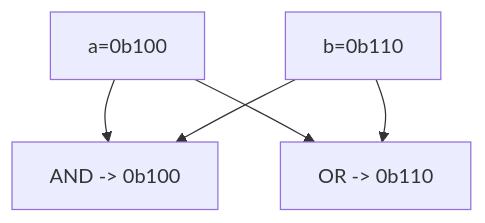
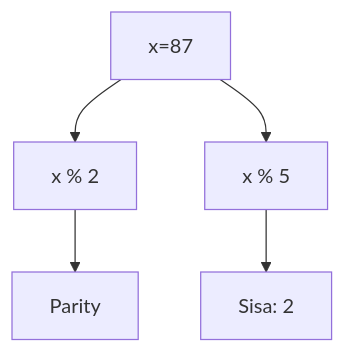
One commit to amnahwaida/OSNK_INF_PREP changed the fifth of 25 diagrams in part-c-pemahaman-cpp/06-bitwise/latihan/set-11.md. Above: the diagram before and after it, drawn with Mermaid. The commit also changed other lines of this file and 71 other files, not shown here.

````diff
--- a/part-c-pemahaman-cpp/06-bitwise/latihan/set-11.md
+++ b/part-c-pemahaman-cpp/06-bitwise/latihan/set-11.md
@@ -214,7 +141,7 @@
 ```mermaid
 graph TD
-    A["a=0b100"] --> C["AND -> 0b100"]
-    B["b=0b110"] --> C
-    A --> D["OR  -> 0b110"]
-    B --> D
+A[x=87] --> B[x % 2]
+B --> C[Parity]
+A --> D[x % 5]
+D --> E[Sisa: 2]
 ```
````
